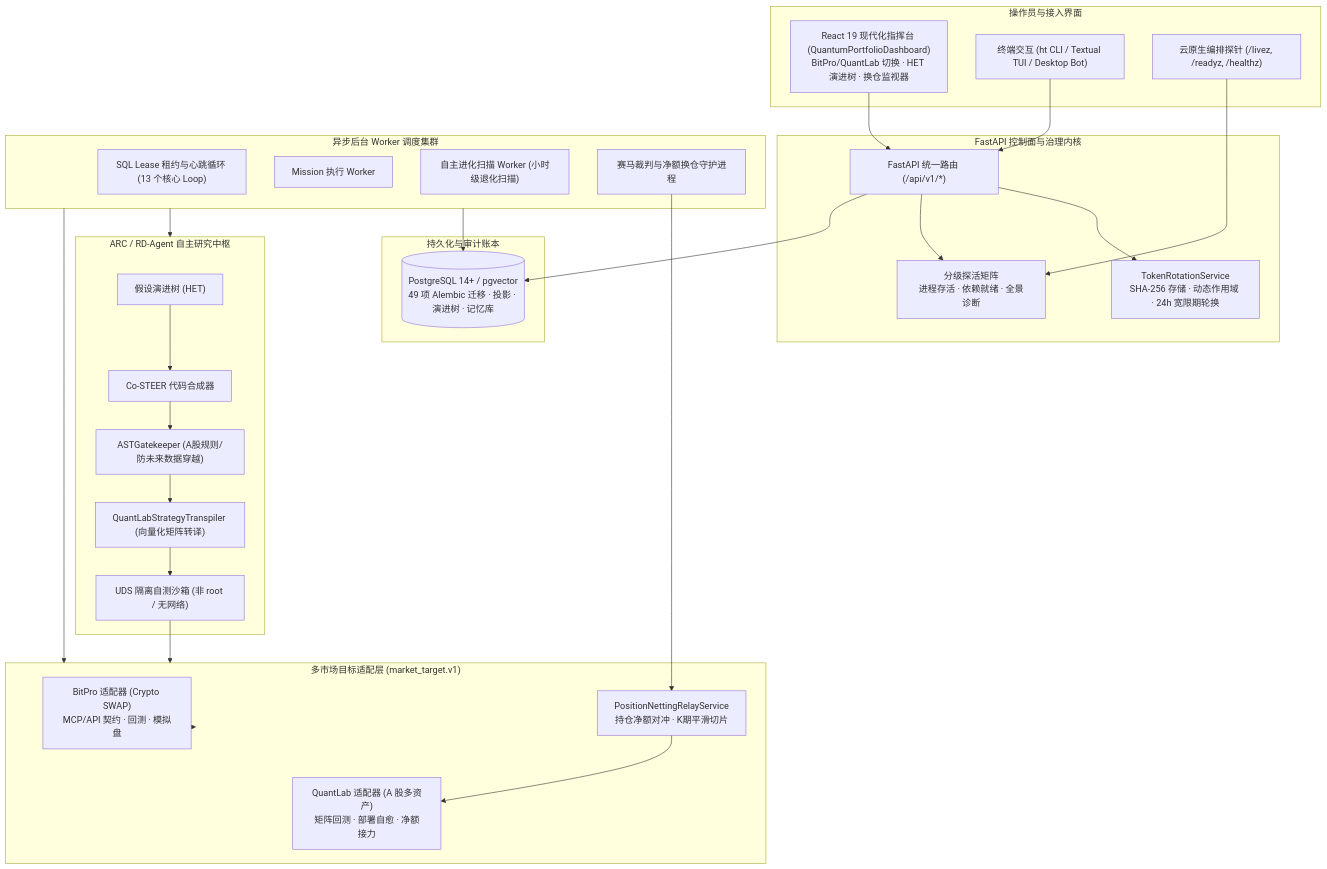
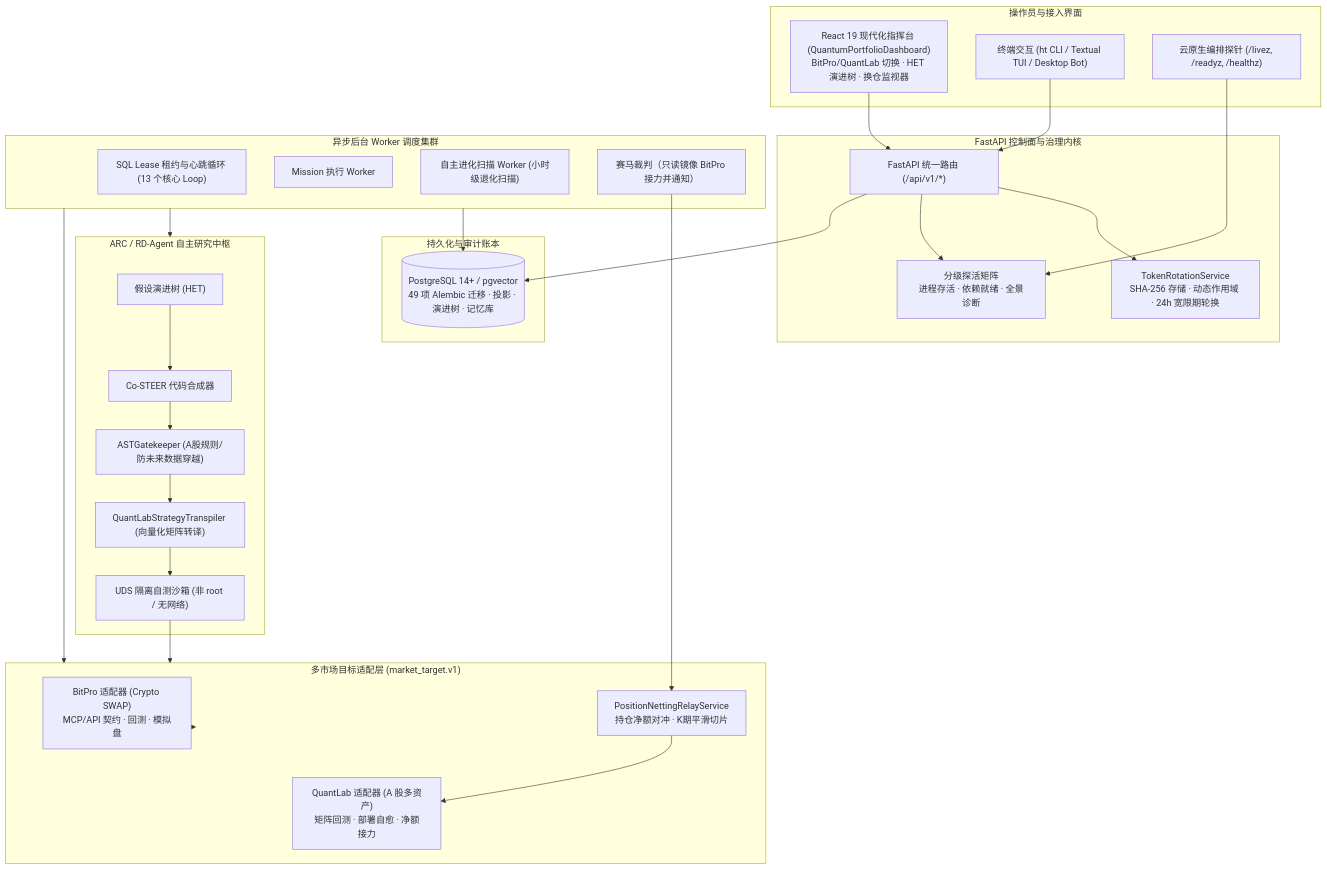
One commit to Shadowell/HyperTrade changed the diagram in docs/architecture/33-system-architecture.md. Above: the diagram before and after it, drawn with Mermaid. The commit also changed other lines of this file and 6 other files, not shown here.

First line of the commit message:
fix(race-judge): mirror BitPro relays read-only and drop fabricated netting plan

````diff
--- a/docs/architecture/33-system-architecture.md
+++ b/docs/architecture/33-system-architecture.md
@@ -48,55 +48,55 @@
 ```mermaid
 flowchart TB
   subgraph Surfaces["操作员与接入界面"]
     Web["React 19 现代化指挥台 (QuantumPortfolioDashboard)<br/>BitPro/QuantLab 切换 · HET 演进树 · 换仓监视器"]
     CLI["终端交互 (ht CLI / Textual TUI / Desktop Bot)"]
     K8s["云原生编排探针 (/livez, /readyz, /healthz)"]
   end
 
   subgraph ControlPlane["FastAPI 控制面与治理内核"]
     API["FastAPI 统一路由 (/api/v1/*)"]
     TokenManager["TokenRotationService<br/>SHA-256 存储 · 动态作用域 · 24h 宽限期轮换"]
     HealthProbes["分级探活矩阵<br/>进程存活 · 依赖就绪 · 全景诊断"]
     API --> TokenManager
     API --> HealthProbes
   end
 
   subgraph WorkerCore["异步后台 Worker 调度集群"]
     WorkerLoop["SQL Lease 租约与心跳循环 (13 个核心 Loop)"]
     MissionWorker["Mission 执行 Worker"]
     EvolutionWorker["自主进化扫描 Worker (小时级退化扫描)"]
-    RaceJudgeWorker["赛马裁判与净额换仓守护进程"]
+    RaceJudgeWorker["赛马裁判（只读镜像 BitPro 接力并通知）"]
   end
 
   subgraph ResearchEngine["ARC / RD-Agent 自主研究中枢"]
     HET["假设演进树 (HET)"]
     CoSTEER["Co-STEER 代码合成器"]
     ASTGate["ASTGatekeeper (A股规则/防未来数据穿越)"]
     Transpiler["QuantLabStrategyTranspiler (向量化矩阵转译)"]
     Sandbox["UDS 隔离自测沙箱 (非 root / 无网络)"]
     
     HET --> CoSTEER --> ASTGate --> Transpiler --> Sandbox
   end
 
   subgraph TargetAdapters["多市场目标适配层 (market_target.v1)"]
     BitProAdapter["BitPro 适配器 (Crypto SWAP)<br/>MCP/API 契约 · 回测 · 模拟盘"]
     QuantLabAdapter["QuantLab 适配器 (A 股多资产)<br/>矩阵回测 · 部署自愈 · 净额接力"]
     NettingService["PositionNettingRelayService<br/>持仓净额对冲 · K期平滑切片"]
   end
 
   subgraph Persistence["持久化与审计账本"]
     PG[("PostgreSQL 14+ / pgvector<br/>49 项 Alembic 迁移 · 投影 · 演进树 · 记忆库")]
   end
 
   Web --> API
   CLI --> API
   K8s --> HealthProbes
   API --> PG
   WorkerCore --> PG
   WorkerCore --> ResearchEngine
   WorkerCore --> TargetAdapters
   Sandbox --> TargetAdapters
   RaceJudgeWorker --> NettingService --> QuantLabAdapter
   TargetAdapters --> BitProAdapter
   TargetAdapters --> QuantLabAdapter
 ```
````
